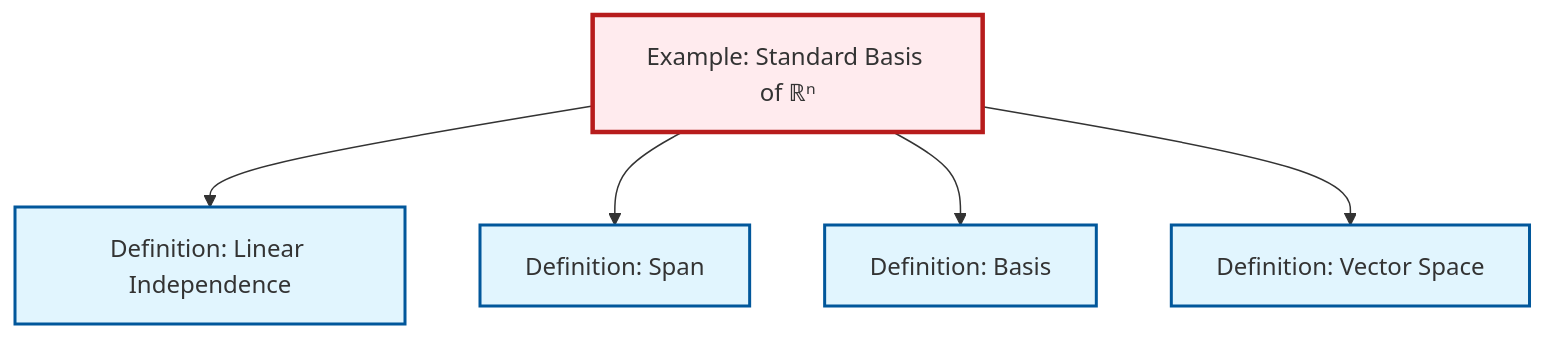
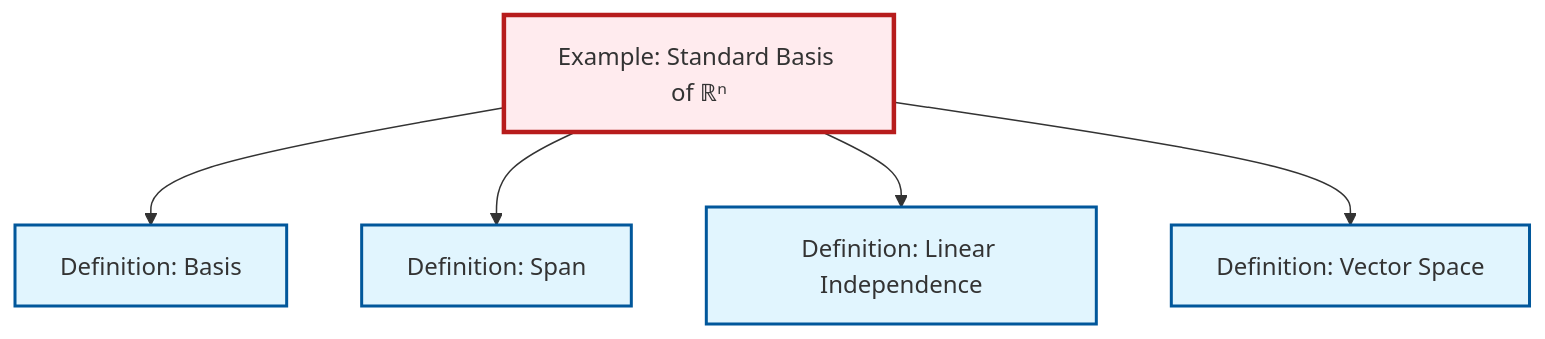
The diagram in content/en/algebra/ex-standard-basis-rn.qmd (RK0429/ModernMath), drawn with Mermaid before and after one commit. The commit also changed other lines of this file and 328 other files, not shown here.

````diff
--- a/content/en/algebra/ex-standard-basis-rn.qmd
+++ b/content/en/algebra/ex-standard-basis-rn.qmd
@@ -58,23 +59,23 @@
 ```{mermaid}
 %%| fig-cap: "Local dependency graph"
 graph TD
     classDef definition fill:#e1f5fe,stroke:#01579b,stroke-width:2px
     classDef theorem fill:#f3e5f5,stroke:#4a148c,stroke-width:2px
     classDef axiom fill:#fff3e0,stroke:#e65100,stroke-width:2px
     classDef example fill:#e8f5e9,stroke:#1b5e20,stroke-width:2px
     classDef current fill:#ffebee,stroke:#b71c1c,stroke-width:3px
-    def-span["Definition: Span"]:::definition
+    def-basis["Definition: Basis"]:::definition
+    def-vector-space["Definition: Vector Space"]:::definition
     def-linear-independence["Definition: Linear Independence"]:::definition
     ex-standard-basis-rn["Example: Standard Basis of ℝⁿ"]:::example
-    def-vector-space["Definition: Vector Space"]:::definition
-    def-basis["Definition: Basis"]:::definition
+    def-span["Definition: Span"]:::definition
+    ex-standard-basis-rn --> def-basis
+    ex-standard-basis-rn --> def-span
     ex-standard-basis-rn --> def-linear-independence
-    ex-standard-basis-rn --> def-span
-    ex-standard-basis-rn --> def-basis
     ex-standard-basis-rn --> def-vector-space
     class ex-standard-basis-rn current
+    click def-basis "def-basis.html" "Go to Basis definition"
+    click def-vector-space "def-vector-space.html" "Go to Vector Space definition"
+    click def-linear-independence "def-linear-independence.html" "Go to Linear Independence definition"
     click def-span "def-span.html" "Go to Span definition"
-    click def-linear-independence "def-linear-independence.html" "Go to Linear Independence definition"
-    click def-vector-space "def-vector-space.html" "Go to Vector Space definition"
-    click def-basis "def-basis.html" "Go to Basis definition"
 ```
````
